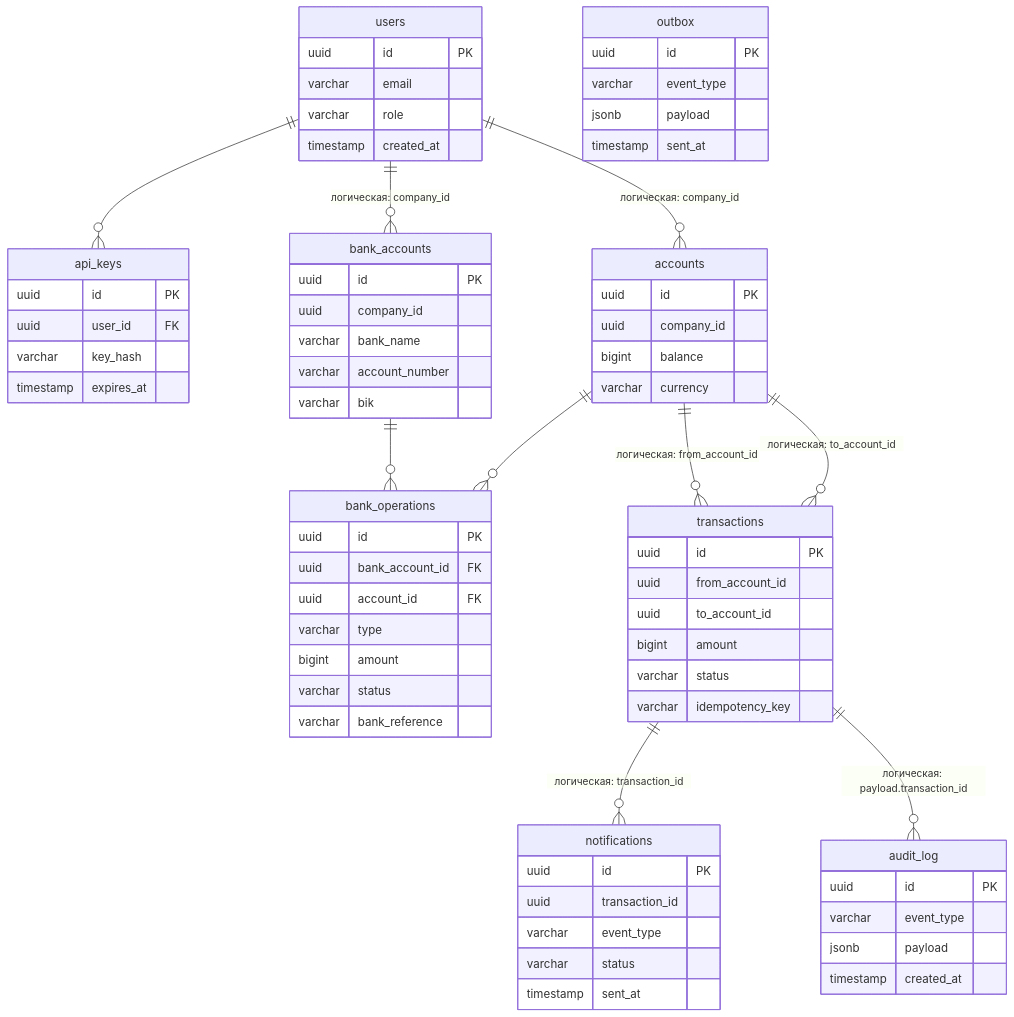
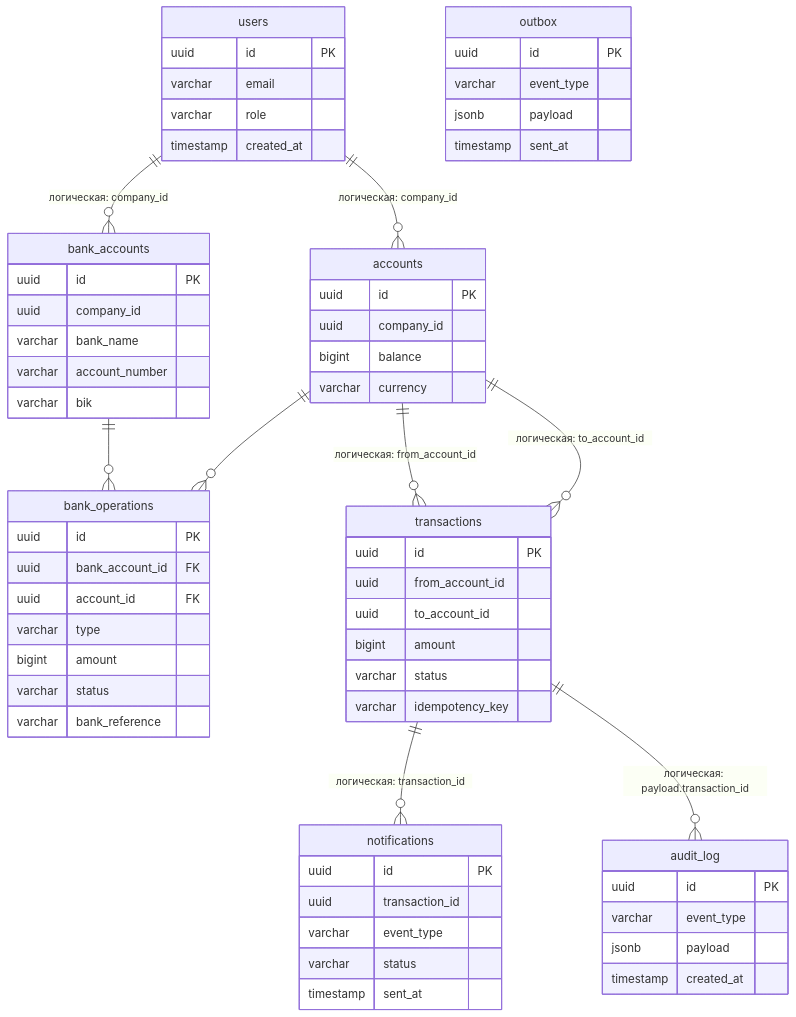
One commit to danilinkp/goflow-pay changed the diagram in README.md. Above: the diagram before and after it, drawn with Mermaid. The commit also changed other lines of this file and 4 other files, not shown here.

````diff
--- a/README.md
+++ b/README.md
@@ -157,79 +178,70 @@
 ```mermaid
 erDiagram
     users {
         uuid id PK
         varchar email
         varchar role
         timestamp created_at
     }
-    api_keys {
-        uuid id PK
-        uuid user_id FK
-        varchar key_hash
-        timestamp expires_at
-    }
-
     accounts {
         uuid id PK
         uuid company_id
         bigint balance
         varchar currency
     }
     bank_accounts {
         uuid id PK
         uuid company_id
         varchar bank_name
         varchar account_number
         varchar bik
     }
     bank_operations {
         uuid id PK
         uuid bank_account_id FK
         uuid account_id FK
         varchar type
         bigint amount
         varchar status
         varchar bank_reference
     }
 
     transactions {
         uuid id PK
         uuid from_account_id
         uuid to_account_id
         bigint amount
         varchar status
         varchar idempotency_key
     }
     outbox {
         uuid id PK
         varchar event_type
         jsonb payload
         timestamp sent_at
     }
     notifications {
         uuid id PK
         uuid transaction_id
         varchar event_type
         varchar status
         timestamp sent_at
     }
 
     audit_log {
         uuid id PK
         varchar event_type
         jsonb payload
         timestamp created_at
     }
 
-    users ||--o{ api_keys : ""
-
     bank_accounts ||--o{ bank_operations : ""
     accounts ||--o{ bank_operations : ""
 
     users ||--o{ accounts : "логическая: company_id"
     users ||--o{ bank_accounts : "логическая: company_id"
     accounts ||--o{ transactions : "логическая: from_account_id"
     accounts ||--o{ transactions : "логическая: to_account_id"
     transactions ||--o{ notifications : "логическая: transaction_id"
     transactions ||--o{ audit_log : "логическая: payload.transaction_id"
 ```
````
